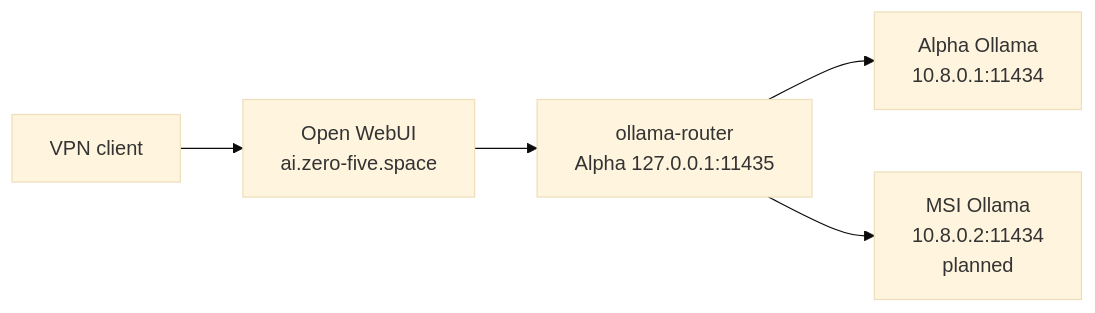
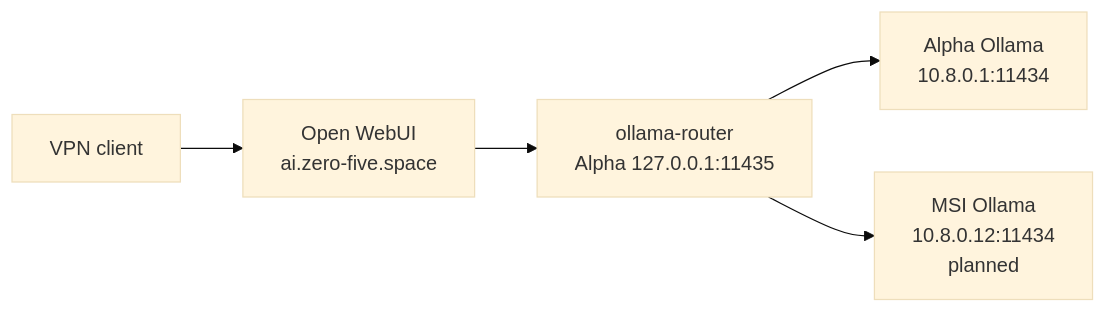
Before and after one commit to Manuel0516/zero-five-handbook: the diagram in content/docs/laptop-msi/ollama.mdx, drawn with Mermaid (base theme). The commit also changed other lines of this file and 15 other files, not shown here.

````diff
--- a/content/docs/laptop-msi/ollama.mdx
+++ b/content/docs/laptop-msi/ollama.mdx
@@ -11,7 +11,7 @@
 ```mermaid
 flowchart LR
     browser["VPN client"] --> webui["Open WebUI<br/>ai.zero-five.space"]
     webui --> router["ollama-router<br/>Alpha 127.0.0.1:11435"]
     router --> server["Alpha Ollama<br/>10.8.0.1:11434"]
-    router --> msi["MSI Ollama<br/>10.8.0.2:11434<br/>planned"]
+    router --> msi["MSI Ollama<br/>10.8.0.12:11434<br/>planned"]
 ```
````
